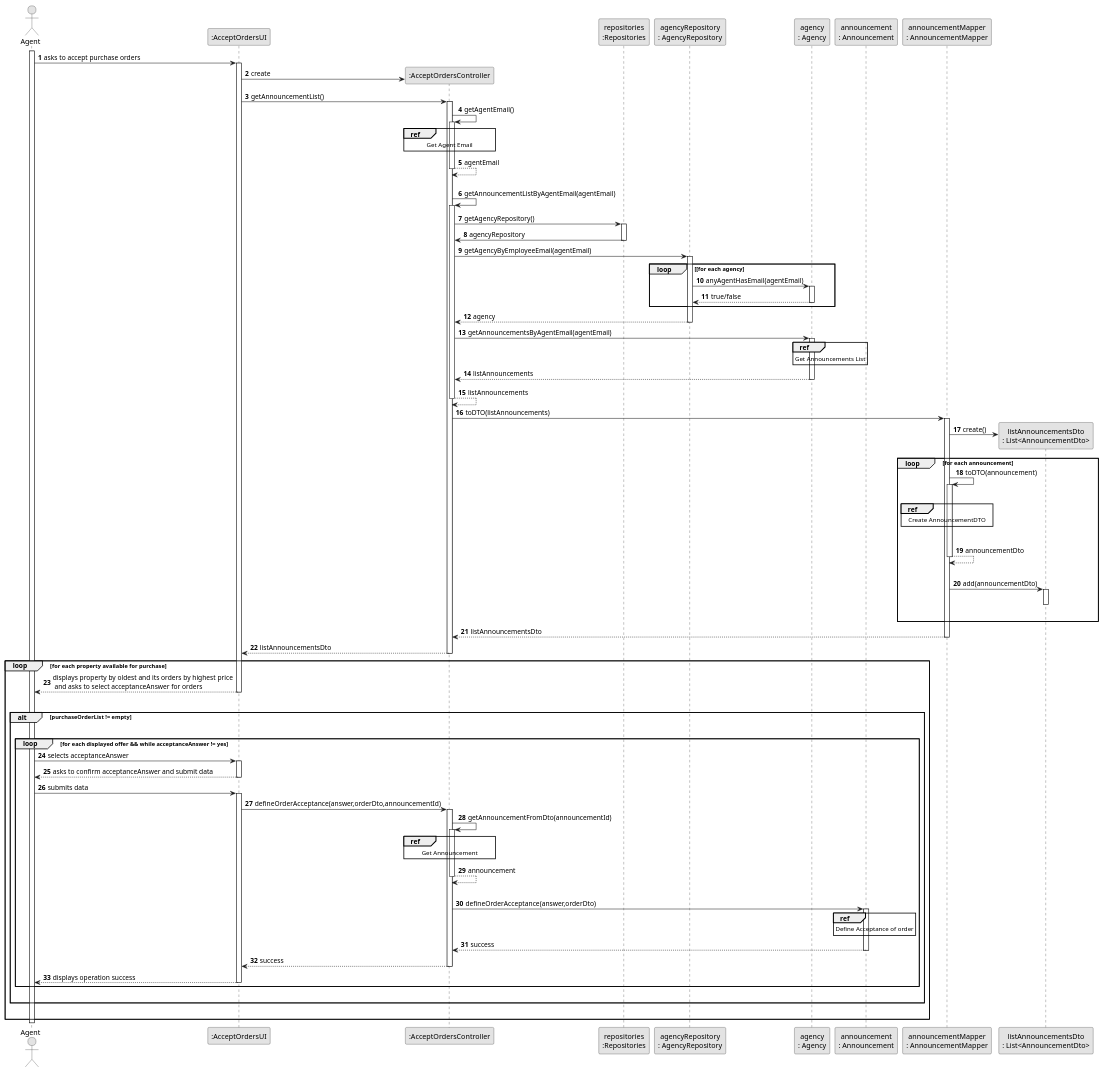
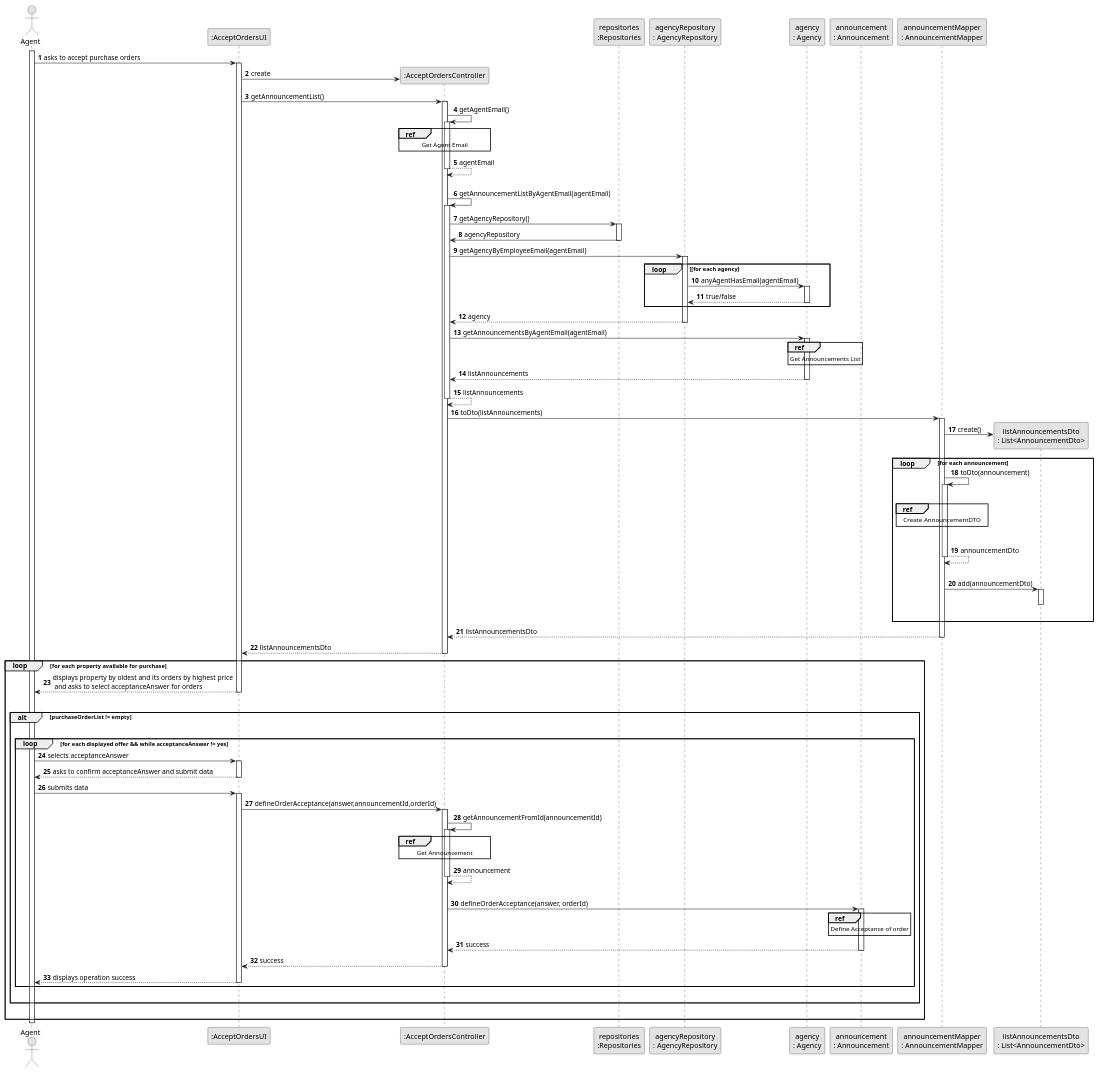
One commit to rita-barbosa/LAPR2-2223 changed the diagram in docs/sprintC/us011/03.design/puml/us011-sequence-diagram-split.puml. Above: the diagram before and after it, drawn with PlantUML. The commit also changed 10 other files, not shown here.

Commit message:
Update Sequence & Class diagram: final alterations [US011][Design][#01 & #05 Task]

```diff
--- a/docs/sprintC/us011/03.design/puml/us011-sequence-diagram-split.puml
+++ b/docs/sprintC/us011/03.design/puml/us011-sequence-diagram-split.puml
@@ -1,161 +1,161 @@
 @startuml
 skinparam monochrome true
 skinparam packageStyle rectangle
 skinparam shadowing false
 
 autonumber
 
 'hide footbox
 actor "Agent" as ADM
  participant ":AcceptOrdersUI" as UI
  participant ":AcceptOrdersController" as CTRL
  participant "repositories\n:Repositories" as PLAT
  participant "agencyRepository\n: AgencyRepository" as AgRep
  participant "agency\n: Agency" as AGENCY
  participant "announcement\n: Announcement" as Announce
  participant "announcementMapper\n: AnnouncementMapper" as AnnMAPPER
  participant "listAnnouncementsDto\n: List<AnnouncementDto>" as AnnDtoList
 
 activate ADM
     ADM -> UI : asks to accept purchase orders
     activate UI
 
     UI -> CTRL** : create
 
     UI -> CTRL : getAnnouncementList()
     activate CTRL
 
     CTRL -> CTRL : getAgentEmail()
     activate CTRL
 
         ref over CTRL
             Get Agent Email
         end ref
 
      CTRL --> CTRL : agentEmail
      deactivate CTRL
 
      |||
      CTRL -> CTRL: getAnnouncementListByAgentEmail(agentEmail)
      activate CTRL
 
      CTRL -> PLAT :  getAgencyRepository()
      activate PLAT
 
      PLAT -> CTRL : agencyRepository
      deactivate PLAT
      CTRL -> AgRep: getAgencyByEmployeeEmail(agentEmail)
      activate AgRep
 
          loop [for each agency
              AgRep -> AGENCY : anyAgentHasEmail(agentEmail)
              activate AGENCY
 
                   AGENCY --> AgRep : true/false
              deactivate AGENCY
          end
          AgRep --> CTRL : agency
      deactivate AgRep
 
      CTRL -> AGENCY: getAnnouncementsByAgentEmail(agentEmail)
      activate AGENCY
 
      ref over AGENCY
         Get Announcements List
      end ref
 
      AGENCY --> CTRL : listAnnouncements
      deactivate AGENCY
 
      CTRL --> CTRL: listAnnouncements
      deactivate CTRL
 
-     CTRL -> AnnMAPPER : toDTO(listAnnouncements)
+     CTRL -> AnnMAPPER : toDto(listAnnouncements)
      activate AnnMAPPER
 
      AnnMAPPER -> AnnDtoList**: create()
 
             loop for each announcement
 
-            AnnMAPPER -> AnnMAPPER : toDTO(announcement)
+            AnnMAPPER -> AnnMAPPER : toDto(announcement)
             activate AnnMAPPER
                  |||
                  ref over AnnMAPPER
                       Create AnnouncementDTO
                  end ref
             |||
             AnnMAPPER --> AnnMAPPER: announcementDto
             deactivate AnnMAPPER
             |||
             AnnMAPPER -> AnnDtoList: add(announcementDto)
             activate AnnDtoList
             deactivate AnnDtoList
 
             |||
             end loop
 
          AnnMAPPER --> CTRL : listAnnouncementsDto
          deactivate AnnMAPPER
 
      CTRL --> UI: listAnnouncementsDto
      deactivate CTRL
 
     loop for each property available for purchase
 
     UI --> ADM : displays property by oldest and its orders by highest price\n and asks to select acceptanceAnswer for orders
     deactivate UI
         |||
         alt purchaseOrderList != empty
             |||
             loop for each displayed offer && while acceptanceAnswer != yes
 
             ADM -> UI  : selects acceptanceAnswer
             activate UI
 
             UI --> ADM : asks to confirm acceptanceAnswer and submit data
             deactivate UI
 
             ADM -> UI  : submits data
             activate UI
 
-            UI -> CTRL : defineOrderAcceptance(answer,orderDto,announcementId)
+            UI -> CTRL : defineOrderAcceptance(answer,announcementId,orderId)
             activate CTRL
 
-            CTRL -> CTRL: getAnnouncementFromDto(announcementId)
+            CTRL -> CTRL: getAnnouncementFromId(announcementId)
             activate CTRL
 
                 ref over CTRL
                     Get Announcement
                 end ref
 
             CTRL --> CTRL : announcement
             deactivate CTRL
 
             |||
-            CTRL-> Announce : defineOrderAcceptance(answer,orderDto)
+            CTRL-> Announce : defineOrderAcceptance(answer, orderId)
             activate Announce
 
             ref over Announce
                 Define Acceptance of order
             end ref
 
             Announce --> CTRL : success
             deactivate Announce
 
             CTRL --> UI : success
             deactivate CTRL
 
             UI --> ADM : displays operation success
             deactivate UI
 
             end loop
         |||
         end alt
     |||
     end loop
 
     deactivate ADM
 
 
 
 @enduml
```
